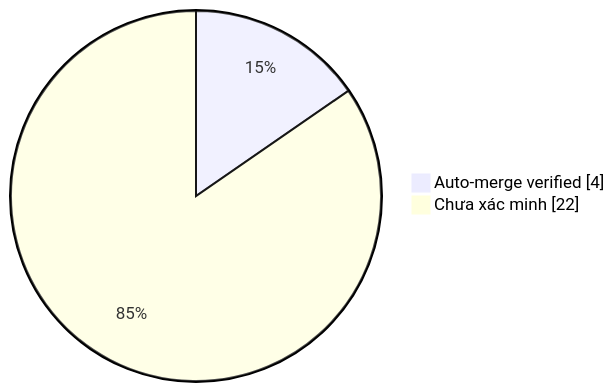
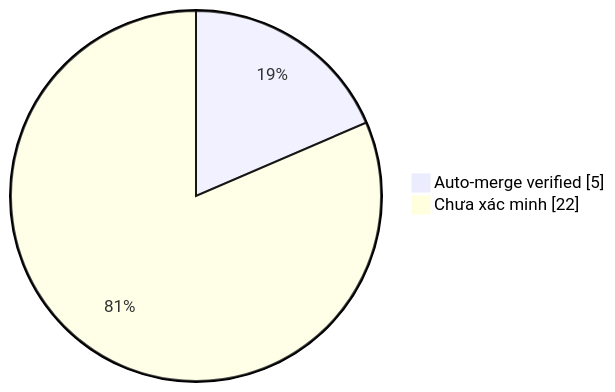
Before and after one commit to duykhang68/tetdinhmuiblog: the diagram in collector.md, drawn with Mermaid. The commit also changed other lines of this file and 1 other file, not shown here.

Commit message:
docs(collector): update auto-merge evidence dashboard

````diff
--- a/collector.md
+++ b/collector.md
@@ -22,5 +22,5 @@
 ```mermaid
 pie showData
-    "Auto-merge verified" : 4
+    "Auto-merge verified" : 5
     "Chưa xác minh" : 22
 ```
````
